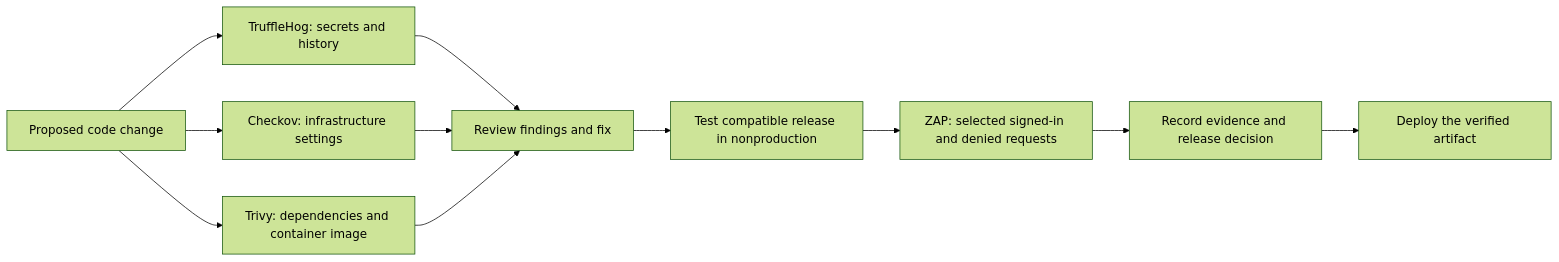
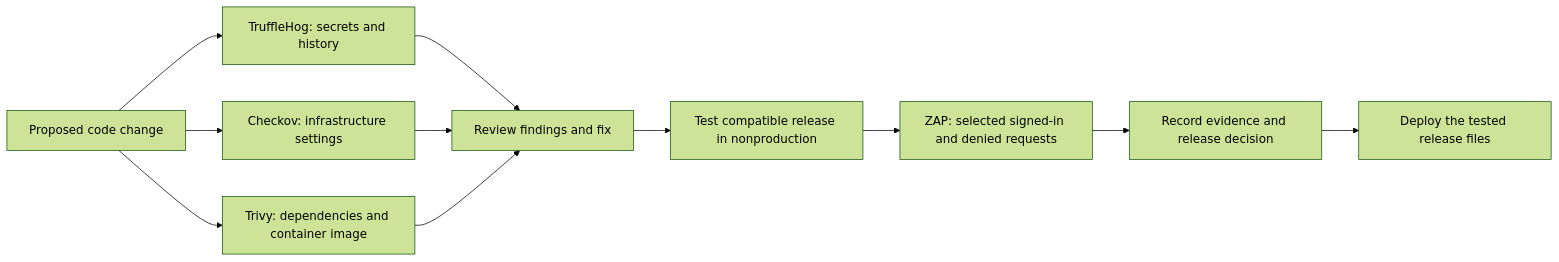
Before and after one commit to truthofsource/azure-devsecops-security-scanning: the diagram in README.md, drawn with Mermaid (forest theme). The commit also changed other lines of this file and 1 other file, not shown here.

````diff
--- a/README.md
+++ b/README.md
@@ -30,13 +30,13 @@
 ```mermaid
 flowchart LR
     A[Proposed code change] --> B[TruffleHog: secrets and history]
     A --> C[Checkov: infrastructure settings]
     A --> D[Trivy: dependencies and container image]
     B --> E[Review findings and fix]
     C --> E
     D --> E
     E --> F[Test compatible release in nonproduction]
     F --> G[ZAP: selected signed-in and denied requests]
     G --> H[Record evidence and release decision]
-    H --> I[Deploy the verified artifact]
+    H --> I[Deploy the tested release files]
 ```
````
